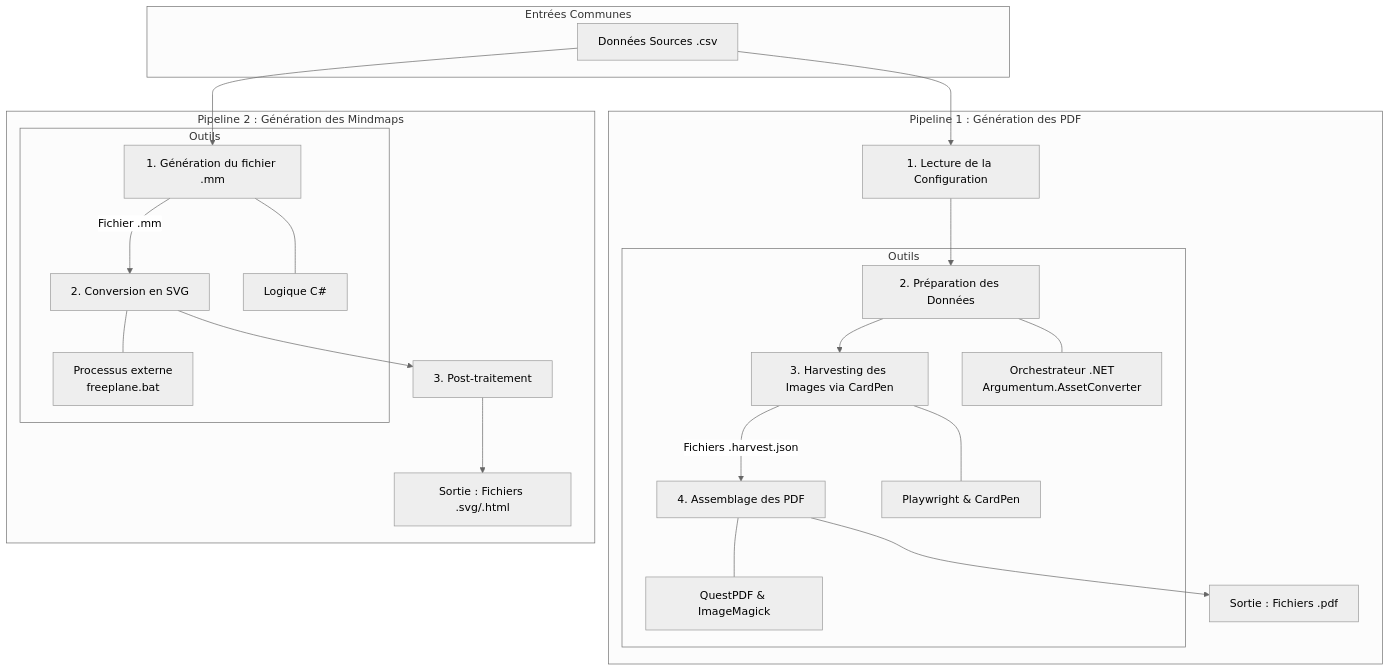
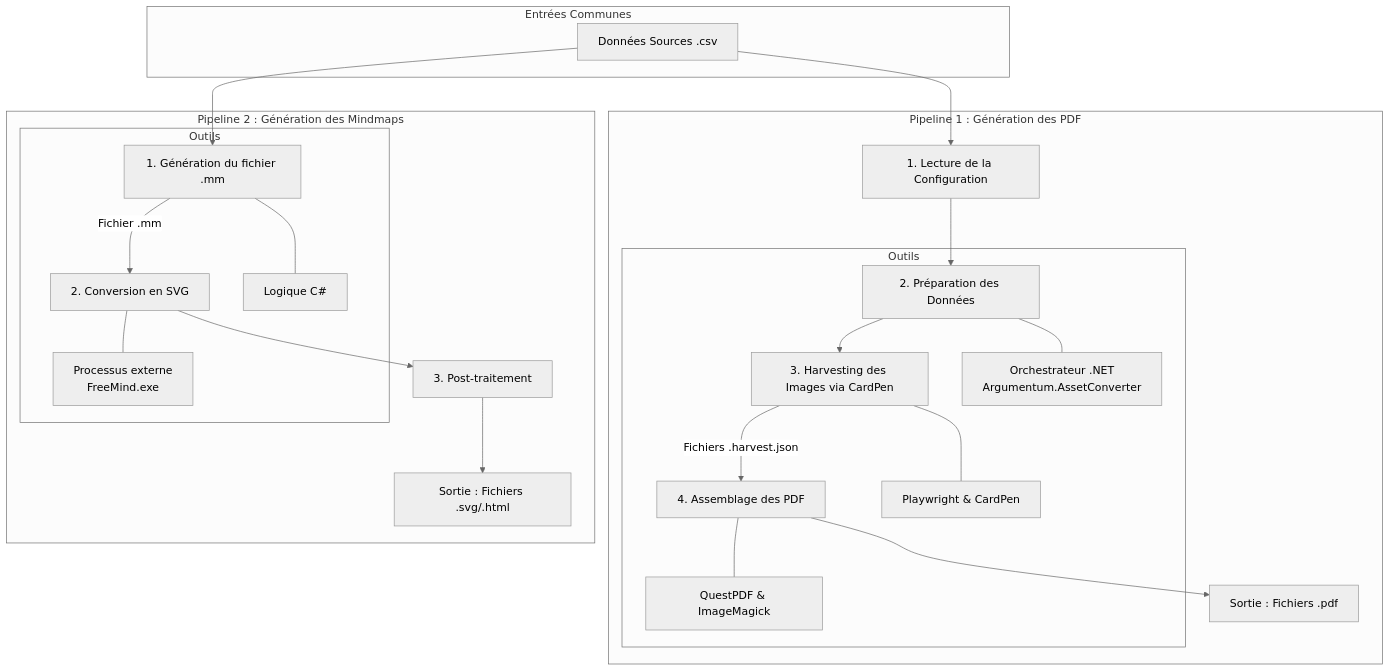
One commit to ArgumentumGames/Argumentum changed the diagram in Generation/Documentation/PIPELINE_DE_GENERATION.md. Above: the diagram before and after it, drawn with Mermaid (neutral theme). The commit also changed other lines of this file and 7 other files, not shown here.

````diff
--- a/Generation/Documentation/PIPELINE_DE_GENERATION.md
+++ b/Generation/Documentation/PIPELINE_DE_GENERATION.md
@@ -9,43 +9,43 @@
 ```mermaid
 flowchart TD
     subgraph "Entrées Communes"
         A[Données Sources .csv]
     end
 
     subgraph "Pipeline 1 : Génération des PDF"
         B[1. Lecture de la Configuration]
         C[2. Préparation des Données]
         D[3. Harvesting des Images via CardPen]
         E[4. Assemblage des PDF]
         F[Sortie : Fichiers .pdf]
         
         A --> B
         B --> C
         C --> D
         D --> |Fichiers .harvest.json| E
         E --> F
         
         subgraph "Outils "
             C --- C_Tool[Orchestrateur .NET<br/>Argumentum.AssetConverter]
             D --- D_Tool[Playwright & CardPen]
             E --- E_Tool[QuestPDF & ImageMagick]
         end
     end
 
     subgraph "Pipeline 2 : Génération des Mindmaps"
         G[1. Génération du fichier .mm]
         H[2. Conversion en SVG]
         I[3. Post-traitement]
         J[Sortie : Fichiers .svg/.html]
         
         A --> G
         G --> |Fichier .mm| H
         H --> I
         I --> J
         
         subgraph "Outils"
             G --- G_Tool[Logique C#]
-            H --- H_Tool[Processus externe<br/>freeplane.bat]
+            H --- H_Tool[Processus externe<br/>FreeMind.exe]
         end
     end
 ```
````
